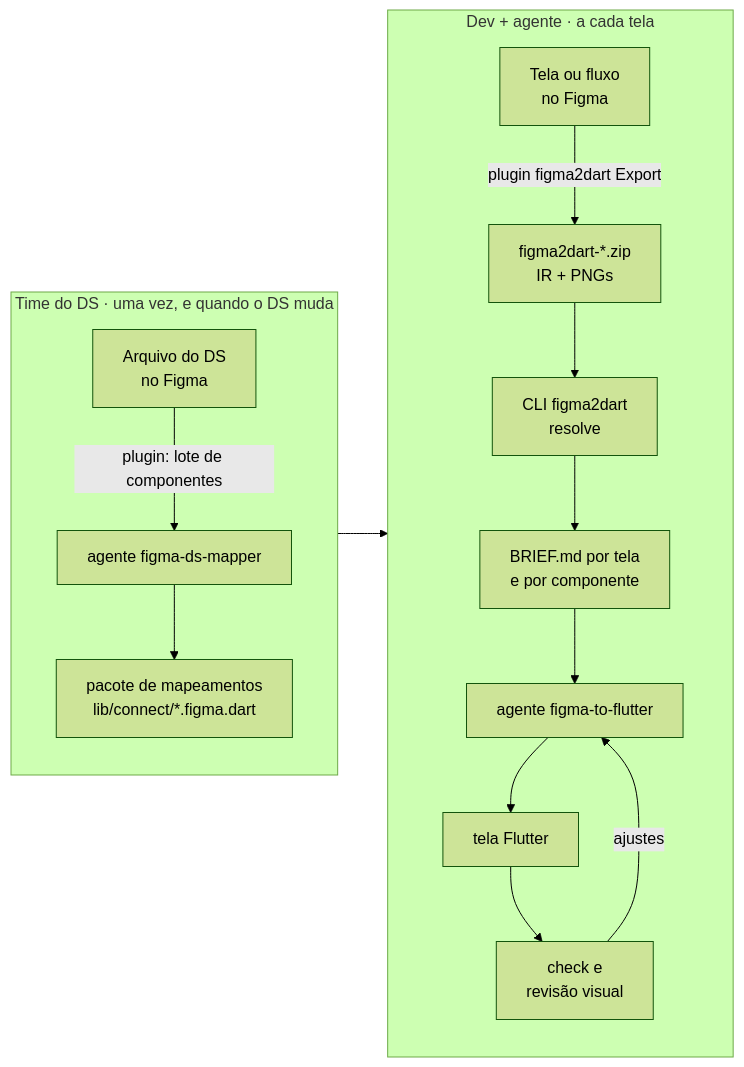
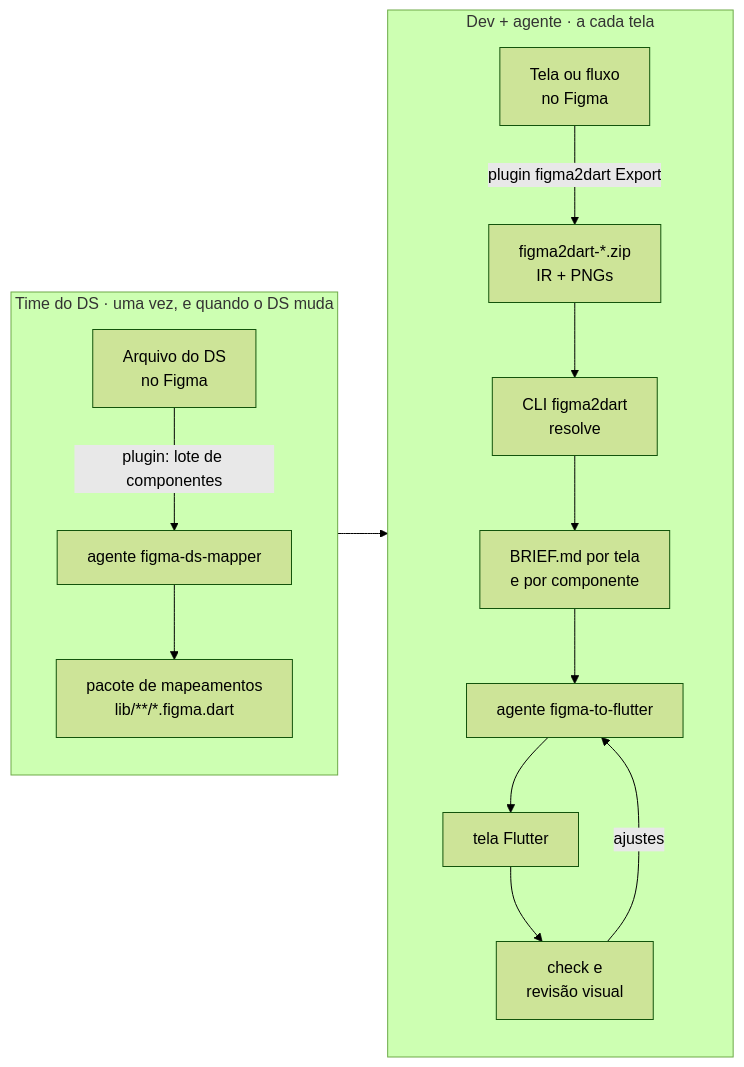
The diagram in README.md (pablostefan/figma_to_code), drawn with Mermaid (forest theme) before and after one commit. The commit also changed other lines of this file and 60 other files, not shown here.

````diff
--- a/README.md
+++ b/README.md
@@ -9,21 +9,21 @@
 ```mermaid
 flowchart LR
   subgraph DS["Time do DS · uma vez, e quando o DS muda"]
     direction TB
     FDS["Arquivo do DS<br/>no Figma"] -->|"plugin: lote de componentes"| MAP["agente figma-ds-mapper"]
-    MAP --> CONN["pacote de mapeamentos<br/>lib/connect/*.figma.dart"]
+    MAP --> CONN["pacote de mapeamentos<br/>lib/**/*.figma.dart"]
   end
 
   subgraph TELA["Dev + agente · a cada tela"]
     direction TB
     FFL["Tela ou fluxo<br/>no Figma"] -->|"plugin figma2dart Export"| ZIP["figma2dart-*.zip<br/>IR + PNGs"]
     ZIP --> CLI["CLI figma2dart<br/>resolve"]
     CLI --> BRIEF["BRIEF.md por tela<br/>e por componente"]
     BRIEF --> AG["agente figma-to-flutter"]
     AG --> CODE["tela Flutter"]
     CODE --> CHK["check e<br/>revisão visual"]
     CHK -->|"ajustes"| AG
   end
 
   CONN --> CLI
 ```
````
